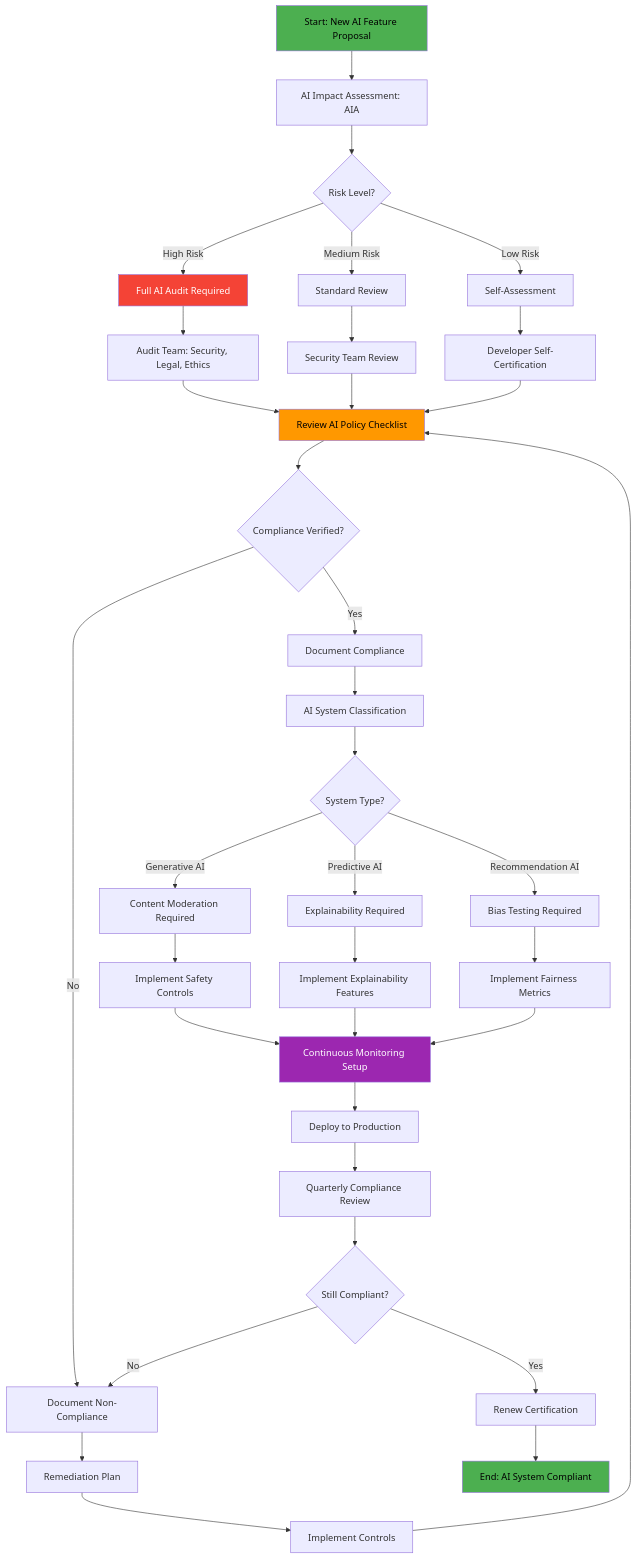
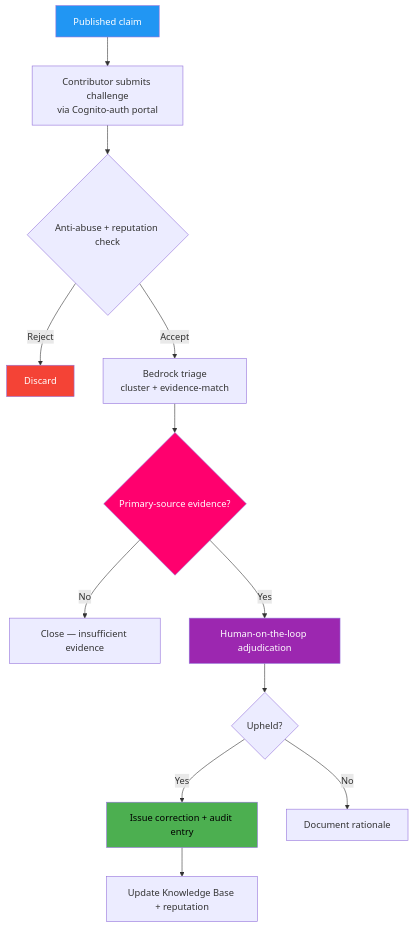
Before and after one commit to Hack23/riksdagsmonitor: diagram 19 of 24 in FUTURE_FLOWCHART.md, drawn with Mermaid. The commit also changed other lines of this file and 5 other files, not shown here.

Commit message:
Rewrite FUTURE_DATA_MODEL.md as three-horizon data architecture (v3.0)

````diff
--- a/FUTURE_FLOWCHART.md
+++ b/FUTURE_FLOWCHART.md
@@ -1199,54 +579,20 @@
 ```mermaid
 flowchart TD
-    A[Start: New AI Feature Proposal] --> B[AI Impact Assessment: AIA]
-    B --> C{Risk Level?}
-    
-    C -->|High Risk| D[Full AI Audit Required]
-    C -->|Medium Risk| E[Standard Review]
-    C -->|Low Risk| F[Self-Assessment]
-    
-    D --> G[Audit Team: Security, Legal, Ethics]
-    E --> H[Security Team Review]
-    F --> I[Developer Self-Certification]
-    
-    G --> J[Review AI Policy Checklist]
-    H --> J
-    I --> J
-    
-    J --> K{Compliance Verified?}
-    
-    K -->|No| L[Document Non-Compliance]
-    L --> M[Remediation Plan]
-    M --> N[Implement Controls]
-    N --> J
-    
-    K -->|Yes| O[Document Compliance]
-    O --> P[AI System Classification]
-    P --> Q{System Type?}
-    
-    Q -->|Generative AI| R[Content Moderation Required]
-    Q -->|Predictive AI| S[Explainability Required]
-    Q -->|Recommendation AI| T[Bias Testing Required]
-    
-    R --> U[Implement Safety Controls]
-    S --> V[Implement Explainability Features]
-    T --> W[Implement Fairness Metrics]
-    
-    U --> X[Continuous Monitoring Setup]
-    V --> X
-    W --> X
-    
-    X --> Y[Deploy to Production]
-    Y --> Z[Quarterly Compliance Review]
-    Z --> AA{Still Compliant?}
-    
-    AA -->|No| L
-    AA -->|Yes| AB[Renew Certification]
-    AB --> AC[End: AI System Compliant]
-    
-    style A fill:#4caf50,color:#000000
-    style D fill:#f44336,color:#ffffff
-    style J fill:#ff9800,color:#000000
-    style X fill:#9c27b0,color:#ffffff
-    style AC fill:#4caf50,color:#000000
+    PUBL[Published claim] --> SUBMIT[Contributor submits challenge<br/>via Cognito-auth portal]
+    SUBMIT --> SPAM{Anti-abuse + reputation check}
+    SPAM -->|Reject| DENY[Discard]
+    SPAM -->|Accept| TRIAGE[Bedrock triage<br/>cluster + evidence-match]
+    TRIAGE --> EVID{Primary-source evidence?}
+    EVID -->|No| CLOSE[Close — insufficient evidence]
+    EVID -->|Yes| REVIEW[Human-on-the-loop adjudication]
+    REVIEW --> DECIDE{Upheld?}
+    DECIDE -->|Yes| CORRECT[Issue correction + audit entry]
+    DECIDE -->|No| EXPLAIN[Document rationale]
+    CORRECT --> KBUPD[Update Knowledge Base + reputation]
+
+    style PUBL fill:#2196f3,color:#ffffff
+    style EVID fill:#ff006e,color:#ffffff
+    style REVIEW fill:#9c27b0,color:#ffffff
+    style CORRECT fill:#4caf50,color:#000000
+    style DENY fill:#f44336,color:#ffffff
 ```
````
